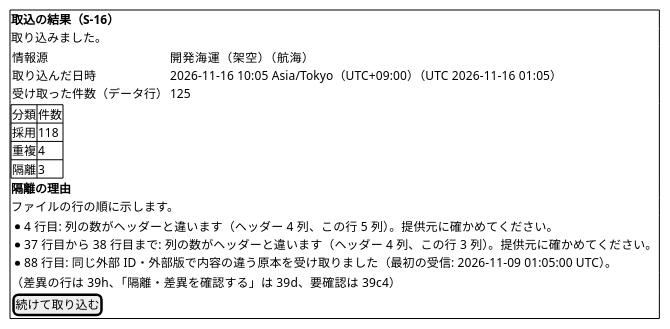
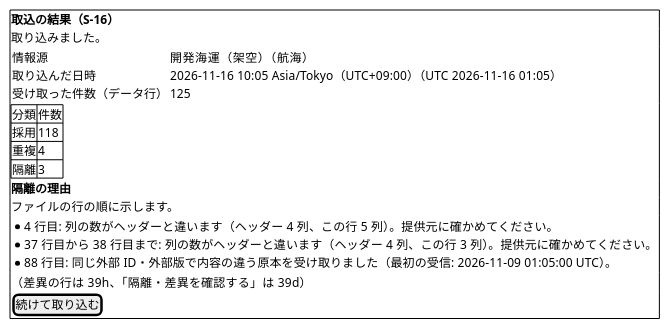
Diagram 52 of 53 in docs/design/cargo-tracker/ui_design.md (k2works/practical-domain-driven-design-in-enterpris-application), drawn with PlantUML before and after one commit. The commit also changed other lines of this file and 9 other files, not shown here.

````diff
--- a/docs/design/cargo-tracker/ui_design.md
+++ b/docs/design/cargo-tracker/ui_design.md
@@ -1858,28 +1858,28 @@
 ```plantuml
 @startsalt
 {+
   <b>取込の結果（S-16）
   取り込みました。
   {
     情報源 | 開発海運（架空）（航海）
     取り込んだ日時 | 2026-11-16 10:05 Asia/Tokyo（UTC+09:00）（UTC 2026-11-16 01:05）
     受け取った件数（データ行） | 125
   }
   {#
     分類 | 件数
     採用 | 118
     重複 | 4
     隔離 | 3
   }
   <b>隔離の理由
   ファイルの行の順に示します。
   {
     * 4 行目: 列の数がヘッダーと違います（ヘッダー 4 列、この行 5 列）。提供元に確かめてください。
     * 37 行目から 38 行目まで: 列の数がヘッダーと違います（ヘッダー 4 列、この行 3 列）。提供元に確かめてください。
     * 88 行目: 同じ外部 ID・外部版で内容の違う原本を受け取りました（最初の受信: 2026-11-09 01:05:00 UTC）。
   }
-  （差異の行は 39h、「隔離・差異を確認する」は 39d、要確認は 39c4）
+  （差異の行は 39h、「隔離・差異を確認する」は 39d）
   [ 続けて取り込む ]
 }
 @endsalt
 ```
````
